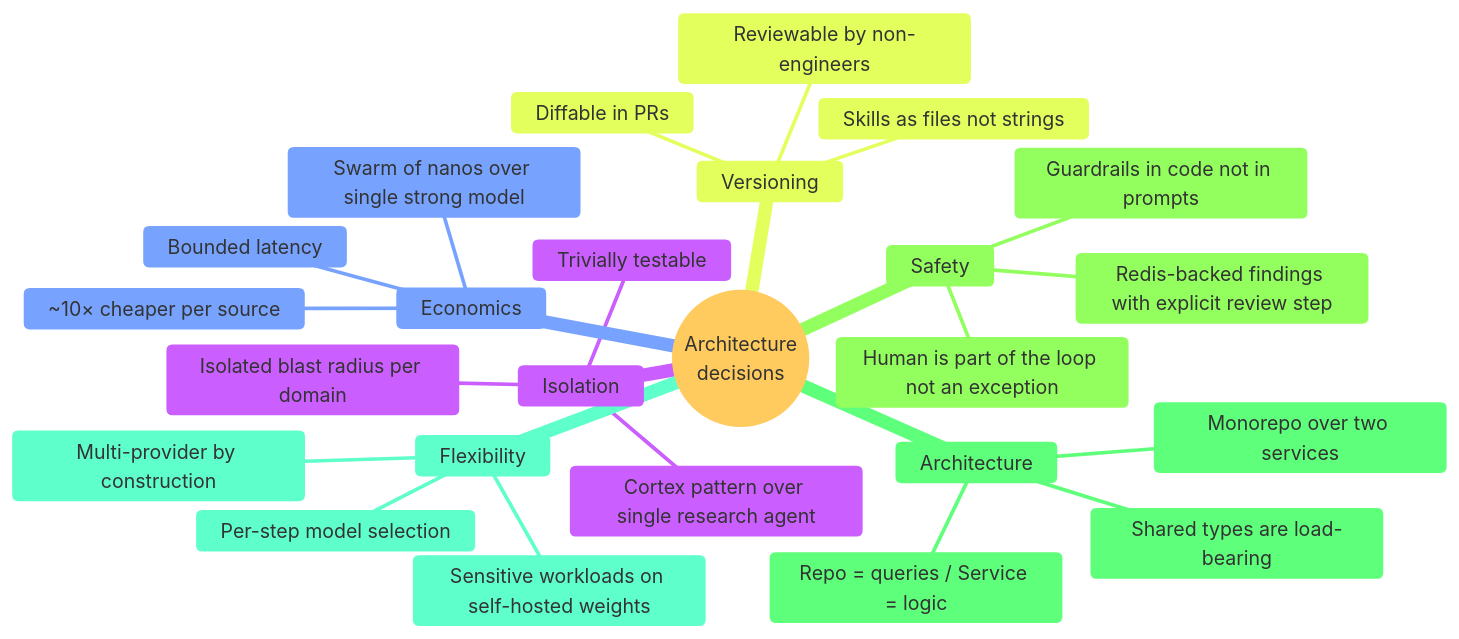
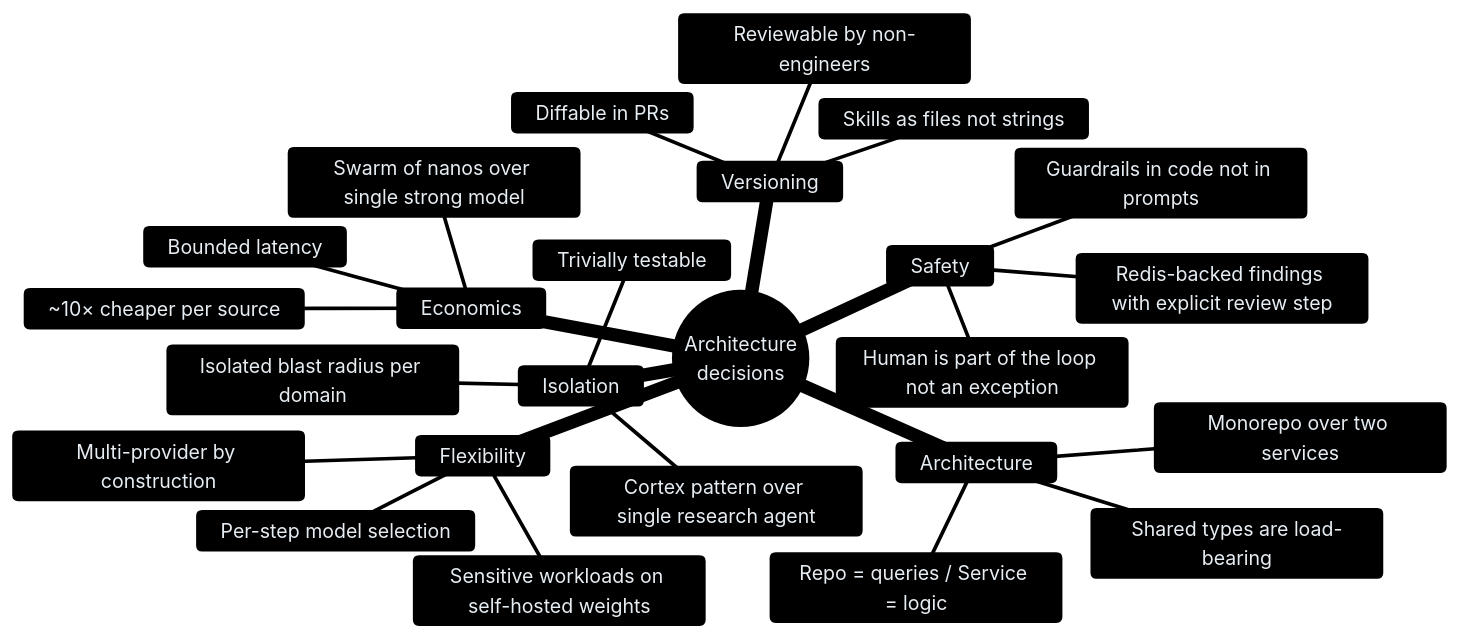
Before and after one commit to jeremienunez/thalamus-usecase-ssa-: diagram 15 of 15 in README.md, drawn with Mermaid. The commit also changed other lines of this file and 9 other files, not shown here.

````diff
--- a/README.md
+++ b/README.md
@@ -832,30 +693,29 @@
 ```mermaid
-%%{init: {'theme': 'base'}}%%
-
+%%{init: {'theme':'base','themeVariables':{'background':'#0b0f17','primaryColor':'#11182a','primaryTextColor':'#e6edf3','primaryBorderColor':'#4cc9f0','secondaryColor':'#1a2033','tertiaryColor':'#141a28','secondaryTextColor':'#e6edf3','tertiaryTextColor':'#e6edf3','noteTextColor':'#e6edf3','noteBkgColor':'#1a2033','noteBorderColor':'#4cc9f0','lineColor':'#7dd3fc','textColor':'#e6edf3','mainBkg':'#11182a','secondBkg':'#1a2033','clusterBkg':'#0d1320','clusterBorder':'#4cc9f0','titleColor':'#e6edf3','edgeLabelBackground':'#0b0f17','labelBoxBkgColor':'#11182a','labelBoxBorderColor':'#4cc9f0','labelTextColor':'#e6edf3','actorBkg':'#11182a','actorBorder':'#4cc9f0','actorTextColor':'#e6edf3','actorLineColor':'#7dd3fc','signalColor':'#e6edf3','signalTextColor':'#e6edf3','activationBkgColor':'#1a2033','activationBorderColor':'#4cc9f0','sequenceNumberColor':'#0b0f17','classText':'#e6edf3'}}}%%
 mindmap
     root((Architecture<br/>decisions))
         Isolation
             Cortex pattern over single research agent
             Isolated blast radius per domain
             Trivially testable
         Economics
             Swarm of nanos over single strong model
             ~10× cheaper per source
             Bounded latency
         Versioning
             Skills as files not strings
             Diffable in PRs
             Reviewable by non-engineers
         Safety
             Redis-backed findings with explicit review step
             Human is part of the loop not an exception
             Guardrails in code not in prompts
         Architecture
             Repo = queries / Service = logic
             Monorepo over two services
             Shared types are load-bearing
         Flexibility
             Multi-provider by construction
             Per-step model selection
             Sensitive workloads on self-hosted weights
 ```
````
